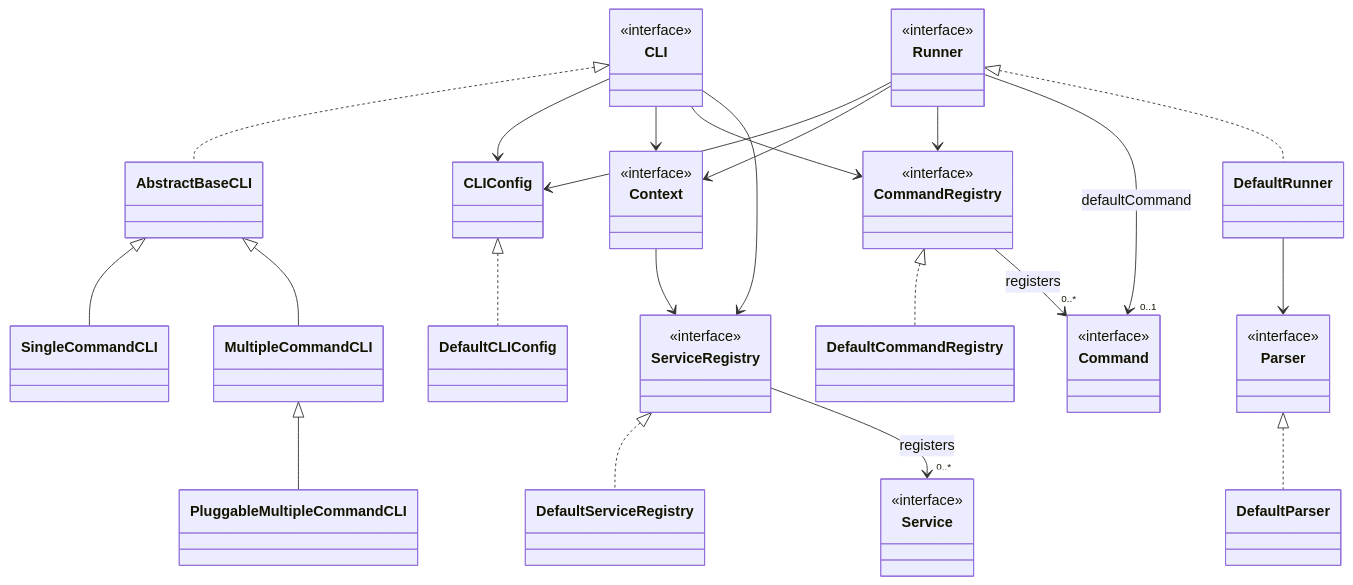
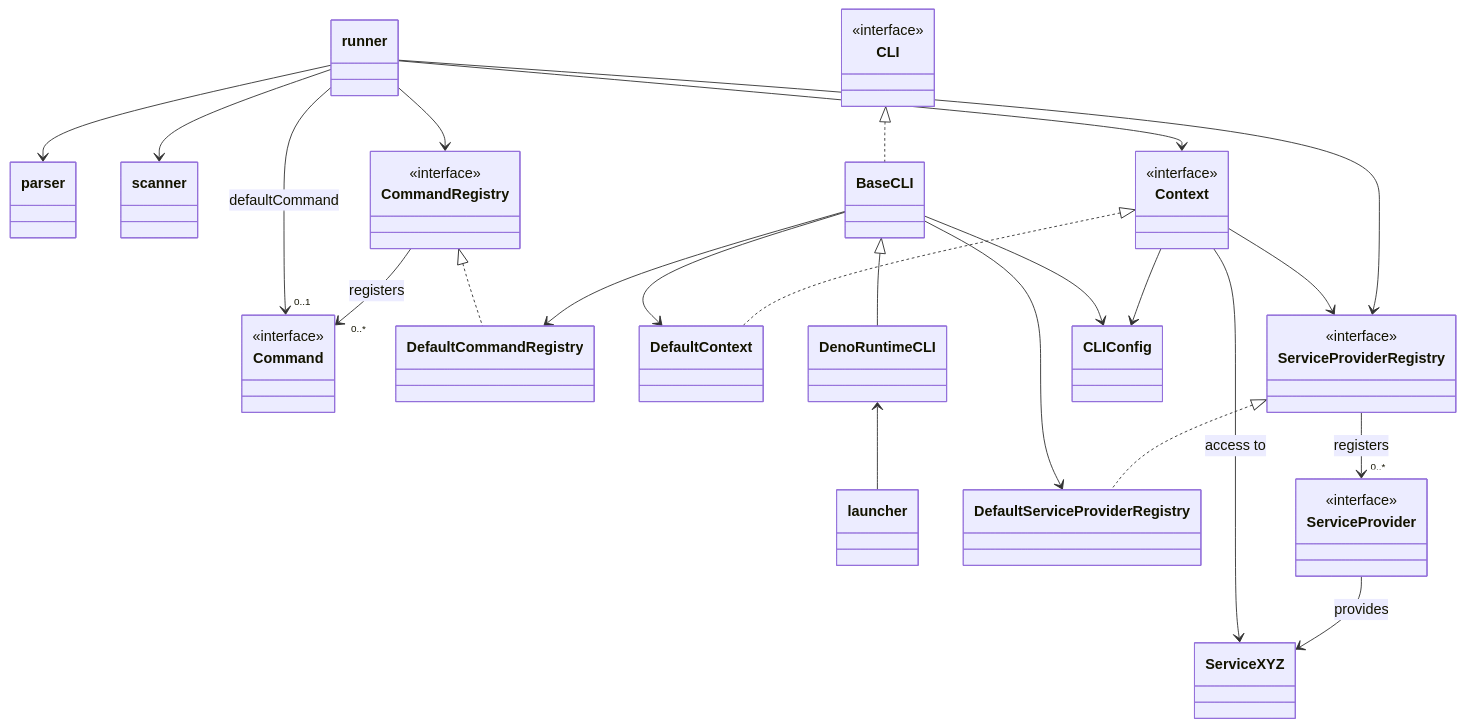
The fourth of 4 diagrams in README.md (flowscripter/dynamic-cli-framework), drawn with Mermaid before and after one commit. The commit also changed other lines of this file and 156 other files, not shown here.

````diff
--- a/README.md
+++ b/README.md
@@ -863,5 +1294,11 @@
 ```mermaid
 classDiagram
+
+    class parser {
+    }
+
+    class scanner {
+    }
 
     class Context {
         <<interface>>
@@ -871,99 +1308,90 @@
         <<interface>>
     }
 
-    class Runner {
-        <<interface>>
+    class runner {
     }
 
-    class Parser {
-        <<interface>>
-    }
-
-    class AbstractBaseCLI {
-    }
-
-    class DefaultRunner {
-    }
-
-    class DefaultParser {
-    }
-
-    class DefaultCommandRegistry {
-    }
-
-    class DefaultServiceRegistry {
+    class BaseCLI {
     }
 
     class Command {
         <<interface>>
     }
 
-    class Service {
+    class DefaultCommandRegistry {
+    }
+
+    class launcher {
+    }
+
+    class DefaultServiceProviderRegistry {
+    }
+
+    class ServiceProvider {
         <<interface>>
+    }
+
+    class DefaultContext {
     }
 
     class CommandRegistry {
         <<interface>>
     }
 
-    class ServiceRegistry {
+    class ServiceProviderRegistry {
         <<interface>>
+    }
+
+    class DenoRuntimeCLI {
     }
 
     class CLIConfig {
     }
 
-    class DefaultCLIConfig {
+    class ServiceXYZ {
     }
 
-    class SingleCommandCLI {
-    }
+    runner --> scanner
 
-    class MultipleCommandCLI {
-    }
+    runner --> parser
 
-    class PluggableMultipleCommandCLI {
-    }
+    CLI <|.. BaseCLI
 
-    CLI <|.. AbstractBaseCLI
-    
-    AbstractBaseCLI <|-- SingleCommandCLI
+    BaseCLI <|-- DenoRuntimeCLI
 
-    AbstractBaseCLI <|-- MultipleCommandCLI
+    runner --> Context
 
-    MultipleCommandCLI <|-- PluggableMultipleCommandCLI
+    runner --> CommandRegistry
 
-    CLIConfig <|.. DefaultCLIConfig
+    runner --> ServiceProviderRegistry
 
-    Runner --> CLIConfig
+    ServiceProviderRegistry <|.. DefaultServiceProviderRegistry
 
-    Runner --> Context
+    ServiceProviderRegistry --> "0..*" ServiceProvider : registers
 
-    Runner --> CommandRegistry
-
-    Runner --> "0..1" Command : defaultCommand
-
-    ServiceRegistry <|.. DefaultServiceRegistry
-    
-    ServiceRegistry --> "0..*" Service : registers
-
-    CLI --> CLIConfig
-
-    CLI --> Context
-
-    DefaultRunner --> Parser
-
-    Runner <|.. DefaultRunner
-    
-    Parser <|.. DefaultParser
-
-    CLI --> CommandRegistry
-
-    CLI --> ServiceRegistry
+    BaseCLI --> DefaultCommandRegistry
 
     CommandRegistry <|.. DefaultCommandRegistry
 
     CommandRegistry --> "0..*" Command : registers
 
-    Context --> ServiceRegistry
+    runner --> "0..1" Command : defaultCommand
+
+    Context <|.. DefaultContext
+
+    BaseCLI --> DefaultContext
+
+    BaseCLI --> DefaultServiceProviderRegistry
+
+    Context --> CLIConfig
+
+    BaseCLI --> CLIConfig
+
+    Context --> ServiceProviderRegistry
+    
+    ServiceProvider --> ServiceXYZ : provides
+
+    Context --> ServiceXYZ : access to
+        
+    DenoRuntimeCLI <-- launcher
 ```
````
